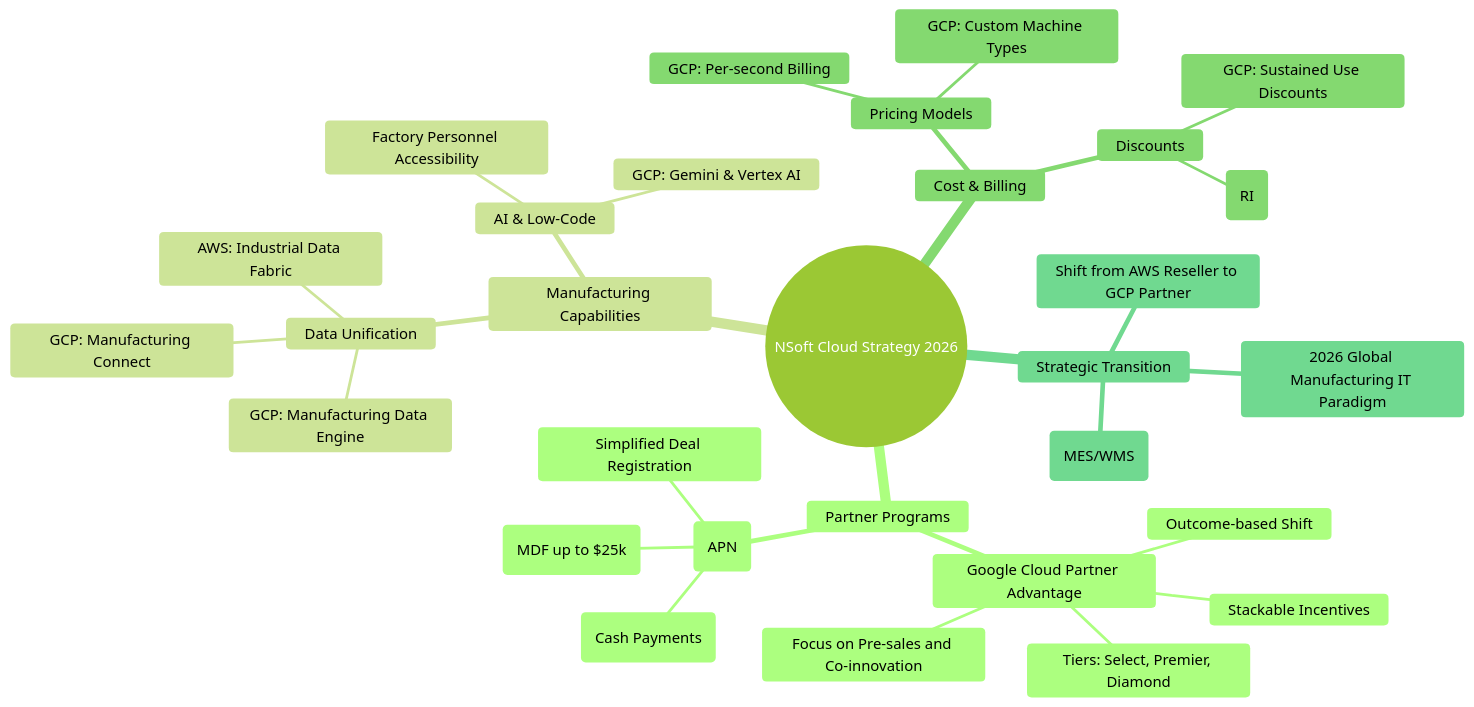
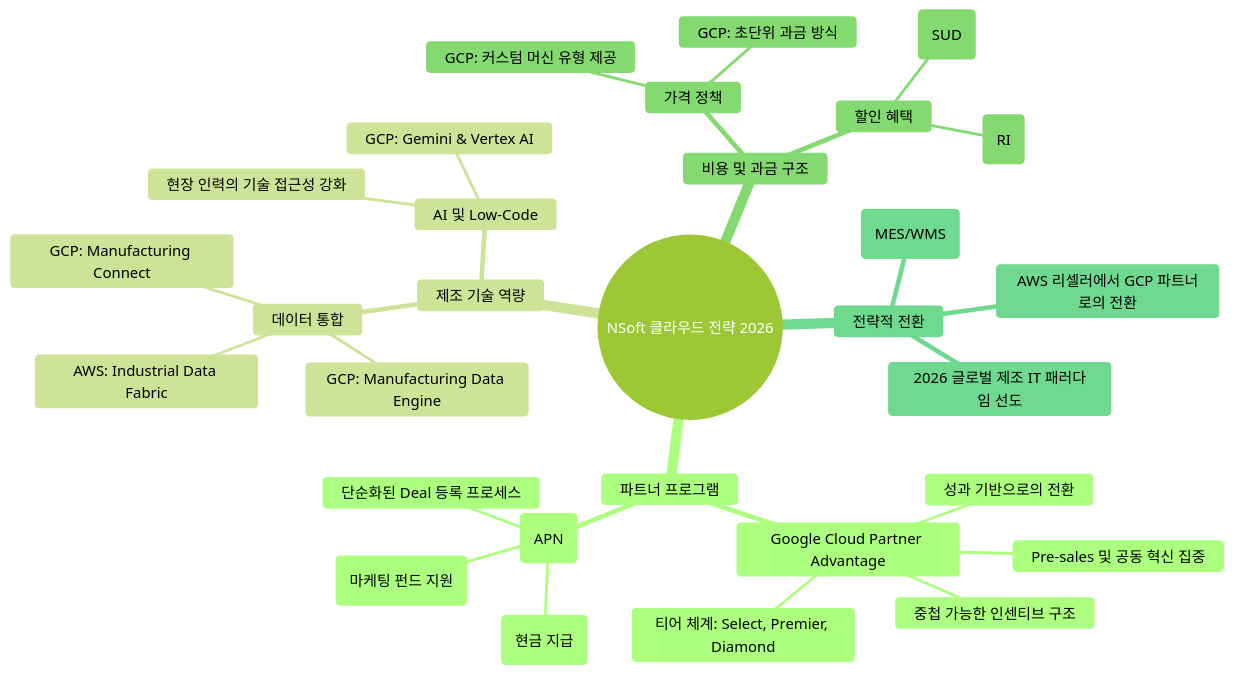
Before and after one commit to NSoft-America-Inc/NSoft-America-Inc.github.io: the first of 2 diagrams in content/posts/2026-03-27-cloud-strategy-phase-1.md, drawn with Mermaid (forest theme). The commit also changed other lines of this file and 1 other file, not shown here.

Commit message:
feat(report-writer): mandate Korean language for all visual assets

````diff
--- a/content/posts/2026-03-27-cloud-strategy-phase-1.md
+++ b/content/posts/2026-03-27-cloud-strategy-phase-1.md
@@ -81,33 +81,33 @@
 ```mermaid
 mindmap
-  root((NSoft Cloud Strategy 2026))
-    Partner Programs
+  root((NSoft 클라우드 전략 2026))
+    파트너 프로그램
       Google Cloud Partner Advantage
-        Outcome-based Shift
-        Tiers: Select, Premier, Diamond
-        Stackable Incentives
-        Focus on Pre-sales and Co-innovation
-      AWS Partner Network (APN)
-        Partner Growth Incentive (Cash Payments)
-        ISV Accelerate (MDF up to $25k)
-        Simplified Deal Registration
-    Manufacturing Capabilities
-      Data Unification
+        성과 기반으로의 전환
+        티어 체계: Select, Premier, Diamond
+        중첩 가능한 인센티브 구조
+        Pre-sales 및 공동 혁신 집중
+      AWS 파트너 네트워크 (APN)
+        파트너 성장 인프라 (현금 지급)
+        ISV Accelerate (마케팅 펀드 지원)
+        단순화된 Deal 등록 프로세스
+    제조 기술 역량
+      데이터 통합
         GCP: Manufacturing Data Engine
         GCP: Manufacturing Connect
         AWS: Industrial Data Fabric
-      AI & Low-Code
+      AI 및 Low-Code
         GCP: Gemini & Vertex AI
-        Factory Personnel Accessibility
-    Cost & Billing
-      Pricing Models
-        GCP: Per-second Billing
-        GCP: Custom Machine Types
-      Discounts
-        GCP: Sustained Use Discounts
-        AWS: Reserved Instances (RI)
-    Strategic Transition
-      Target: NSoft America (MES/WMS)
-      Shift from AWS Reseller to GCP Partner
-      2026 Global Manufacturing IT Paradigm
+        현장 인력의 기술 접근성 강화
+    비용 및 과금 구조
+      가격 정책
+        GCP: 초단위 과금 방식
+        GCP: 커스텀 머신 유형 제공
+      할인 혜택
+        GCP: 지속 사용 할인 (SUD)
+        AWS: 예약 인스턴스 (RI)
+    전략적 전환
+      대상: NSoft America (MES/WMS)
+      AWS 리셀러에서 GCP 파트너로의 전환
+      2026 글로벌 제조 IT 패러다임 선도
 ```
````
